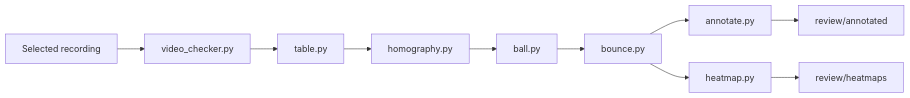
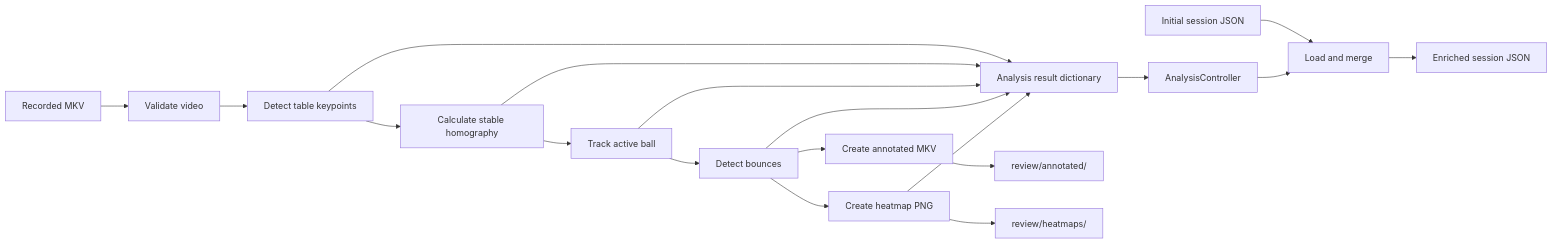
The fourth of 4 diagrams in jetson/docs/software_architecture.md (CoulterRolph/Capstone_Opencv), drawn with Mermaid before and after one commit. The commit also changed other lines of this file and 9 other files, not shown here.

````diff
--- a/jetson/docs/software_architecture.md
+++ b/jetson/docs/software_architecture.md
@@ -241,12 +250,23 @@
 ```mermaid
 flowchart LR
-    Video[Selected recording] --> Check[video_checker.py]
-    Check --> Table[table.py]
-    Table --> Homography[homography.py]
-    Homography --> Ball[ball.py]
-    Ball --> Bounce[bounce.py]
-    Bounce --> Annotate[annotate.py]
-    Bounce --> Heatmap[heatmap.py]
-    Annotate --> Annotated[review/annotated]
-    Heatmap --> Heatmaps[review/heatmaps]
+    Video[Recorded MKV] --> Check[Validate video]
+    Check --> Table[Detect table keypoints]
+    Table --> Homography[Calculate stable homography]
+    Homography --> Ball[Track active ball]
+    Ball --> Bounce[Detect bounces]
+    Bounce --> Annotate[Create annotated MKV]
+    Bounce --> Heatmap[Create heatmap PNG]
+
+    Table --> Result[Analysis result dictionary]
+    Homography --> Result
+    Ball --> Result
+    Bounce --> Result
+    Heatmap --> Result
+    Result --> Controller[AnalysisController]
+    ExistingJSON[Initial session JSON] --> Merge[Load and merge]
+    Controller --> Merge
+    Merge --> UpdatedJSON[Enriched session JSON]
+
+    Annotate --> SavedArtifacts[review/annotated/]
+    Heatmap --> SavedArtifacts2[review/heatmaps/]
 ```
````
